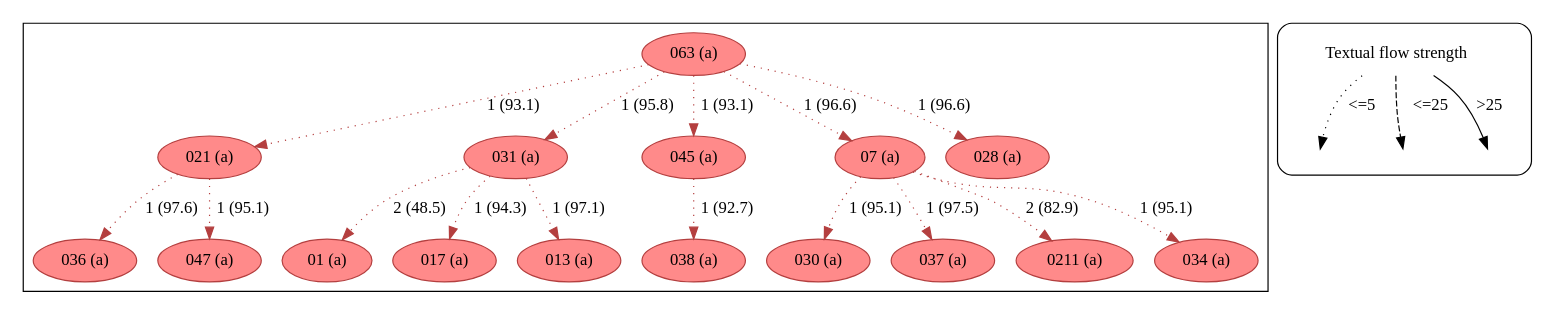
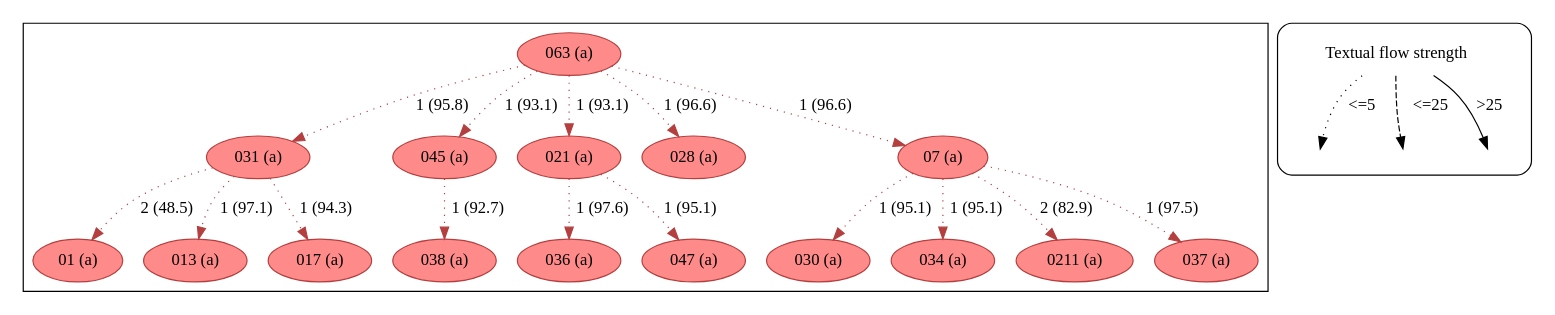
The diagram in example/c499/textual_flow_21_20-24_c499_a.dot (edmondac/CBGM), drawn with Graphviz before and after one commit. The commit also changed other lines of this file and 800 other files, not shown here.

```diff
--- a/example/c499/textual_flow_21_20-24_c499_a.dot
+++ b/example/c499/textual_flow_21_20-24_c499_a.dot
@@ -1,137 +1,137 @@
 strict digraph  {
 	node [label="\N"];
 	subgraph cluster_reading {
-		021		 [color="#b43f3f",
-			fillcolor="#FF8A8A",
-			label="021 (a)",
-			style=filled];
-		036		 [color="#b43f3f",
-			fillcolor="#FF8A8A",
-			label="036 (a)",
-			style=filled];
-		021 -> 036		 [color="#b43f3f",
-			label="1 (97.6)",
-			style=dotted];
-		047		 [color="#b43f3f",
-			fillcolor="#FF8A8A",
-			label="047 (a)",
-			style=filled];
-		021 -> 047		 [color="#b43f3f",
-			label="1 (95.1)",
-			style=dotted];
 		031		 [color="#b43f3f",
 			fillcolor="#FF8A8A",
 			label="031 (a)",
 			style=filled];
 		01		 [color="#b43f3f",
 			fillcolor="#FF8A8A",
 			label="01 (a)",
 			style=filled];
 		031 -> 01		 [color="#b43f3f",
 			label="2 (48.5)",
 			style=dotted];
+		013		 [color="#b43f3f",
+			fillcolor="#FF8A8A",
+			label="013 (a)",
+			style=filled];
+		031 -> 013		 [color="#b43f3f",
+			label="1 (97.1)",
+			style=dotted];
 		017		 [color="#b43f3f",
 			fillcolor="#FF8A8A",
 			label="017 (a)",
 			style=filled];
 		031 -> 017		 [color="#b43f3f",
 			label="1 (94.3)",
-			style=dotted];
-		013		 [color="#b43f3f",
-			fillcolor="#FF8A8A",
-			label="013 (a)",
-			style=filled];
-		031 -> 013		 [color="#b43f3f",
-			label="1 (97.1)",
 			style=dotted];
 		045		 [color="#b43f3f",
 			fillcolor="#FF8A8A",
 			label="045 (a)",
 			style=filled];
 		038		 [color="#b43f3f",
 			fillcolor="#FF8A8A",
 			label="038 (a)",
 			style=filled];
 		045 -> 038		 [color="#b43f3f",
 			label="1 (92.7)",
 			style=dotted];
 		063		 [color="#b43f3f",
 			fillcolor="#FF8A8A",
 			label="063 (a)",
 			style=filled];
-		063 -> 021		 [color="#b43f3f",
-			label="1 (93.1)",
-			style=dotted];
 		063 -> 031		 [color="#b43f3f",
 			label="1 (95.8)",
 			style=dotted];
 		063 -> 045		 [color="#b43f3f",
 			label="1 (93.1)",
+			style=dotted];
+		021		 [color="#b43f3f",
+			fillcolor="#FF8A8A",
+			label="021 (a)",
+			style=filled];
+		063 -> 021		 [color="#b43f3f",
+			label="1 (93.1)",
+			style=dotted];
+		028		 [color="#b43f3f",
+			fillcolor="#FF8A8A",
+			label="028 (a)",
+			style=filled];
+		063 -> 028		 [color="#b43f3f",
+			label="1 (96.6)",
 			style=dotted];
 		07		 [color="#b43f3f",
 			fillcolor="#FF8A8A",
 			label="07 (a)",
 			style=filled];
 		063 -> 07		 [color="#b43f3f",
 			label="1 (96.6)",
 			style=dotted];
-		028		 [color="#b43f3f",
+		036		 [color="#b43f3f",
 			fillcolor="#FF8A8A",
-			label="028 (a)",
+			label="036 (a)",
 			style=filled];
-		063 -> 028		 [color="#b43f3f",
-			label="1 (96.6)",
+		021 -> 036		 [color="#b43f3f",
+			label="1 (97.6)",
+			style=dotted];
+		047		 [color="#b43f3f",
+			fillcolor="#FF8A8A",
+			label="047 (a)",
+			style=filled];
+		021 -> 047		 [color="#b43f3f",
+			label="1 (95.1)",
 			style=dotted];
 		030		 [color="#b43f3f",
 			fillcolor="#FF8A8A",
 			label="030 (a)",
 			style=filled];
 		07 -> 030		 [color="#b43f3f",
 			label="1 (95.1)",
 			style=dotted];
-		037		 [color="#b43f3f",
+		034		 [color="#b43f3f",
 			fillcolor="#FF8A8A",
-			label="037 (a)",
+			label="034 (a)",
 			style=filled];
-		07 -> 037		 [color="#b43f3f",
-			label="1 (97.5)",
+		07 -> 034		 [color="#b43f3f",
+			label="1 (95.1)",
 			style=dotted];
 		0211		 [color="#b43f3f",
 			fillcolor="#FF8A8A",
 			label="0211 (a)",
 			style=filled];
 		07 -> 0211		 [color="#b43f3f",
 			label="2 (82.9)",
 			style=dotted];
-		034		 [color="#b43f3f",
+		037		 [color="#b43f3f",
 			fillcolor="#FF8A8A",
-			label="034 (a)",
+			label="037 (a)",
 			style=filled];
-		07 -> 034		 [color="#b43f3f",
-			label="1 (95.1)",
+		07 -> 037		 [color="#b43f3f",
+			label="1 (97.5)",
 			style=dotted];
 	}
 	subgraph cluster_legend {
 		graph [style=rounded];
 		leg_s		 [label="Textual flow strength",
 			shape=plaintext];
 		leg_e1		 [fixedsize=True,
 			height=0.2,
 			label="",
 			style=invis];
 		leg_s -> leg_e1		 [label="<=5  ",
 			style=dotted];
 		leg_e2		 [fixedsize=True,
 			height=0.2,
 			label="",
 			style=invis];
 		leg_s -> leg_e2		 [label="  <=25",
 			style=dashed];
 		leg_e3		 [fixedsize=True,
 			height=0.2,
 			label="",
 			style=invis];
 		leg_s -> leg_e3		 [label=">25",
 			style=solid];
 	}
 }
```
